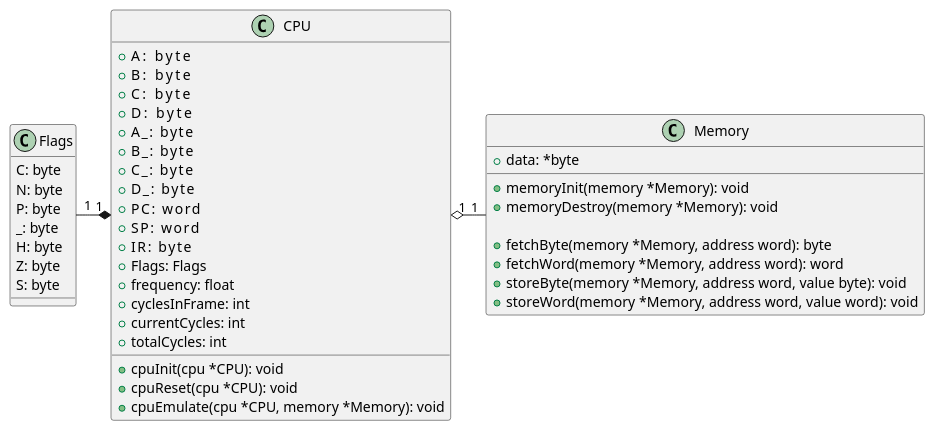
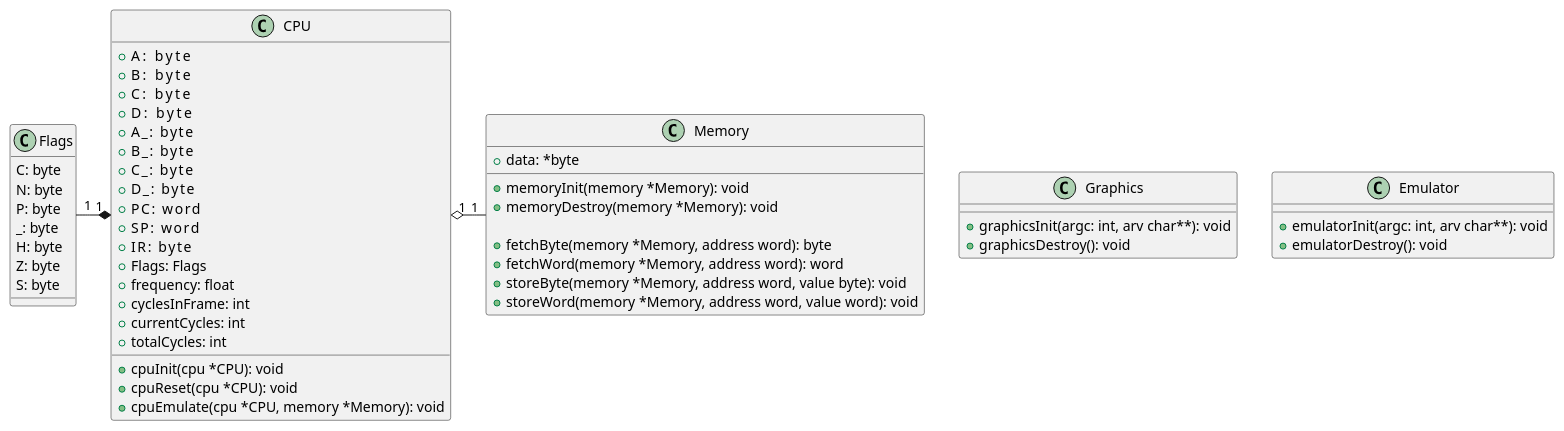
One commit to leonv01/CilogC80 changed the diagram in uml/class/class_diagram.wsd. Above: the diagram before and after it, drawn with PlantUML. The commit also changed 3 other files, not shown here.

```diff
--- a/uml/class/class_diagram.wsd
+++ b/uml/class/class_diagram.wsd
@@ -1,56 +1,67 @@
 @startuml
 
 class CPU
 {
     +A:     byte
     +B:     byte
     +C:     byte
     +D:     byte
     +A_:    byte
     +B_:    byte
     +C_:    byte
     +D_:    byte
     +PC:    word
     +SP:    word
     +IR:    byte
     +Flags: Flags
     +frequency: float
     +cyclesInFrame: int
     +currentCycles: int
     +totalCycles: int
 
     +cpuInit(cpu *CPU): void
     +cpuReset(cpu *CPU): void
     +cpuEmulate(cpu *CPU, memory *Memory): void
 }
 
 class Flags
 {
     C: byte
     N: byte
     P: byte
     _: byte
     H: byte
     Z: byte
     S: byte
 }
 
 class Memory
 {
     +data: *byte
 
     +memoryInit(memory *Memory): void
     +memoryDestroy(memory *Memory): void
 
     +fetchByte(memory *Memory, address word): byte
     +fetchWord(memory *Memory, address word): word
     +storeByte(memory *Memory, address word, value byte): void
     +storeWord(memory *Memory, address word, value word): void
 }
 
+class Graphics
+{
+    +graphicsInit(argc: int, arv char**): void
+    +graphicsDestroy(): void
+}
+
+class Emulator
+{
+    +emulatorInit(argc: int, arv char**): void
+    +emulatorDestroy(): void
+}
 
 CPU "1" *-left- "1" Flags
 CPU "1" o-right- "1" Memory
 
 
 @enduml
```
